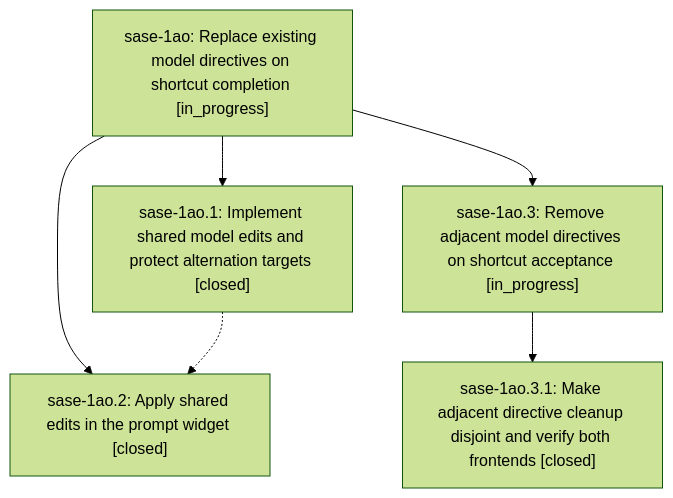
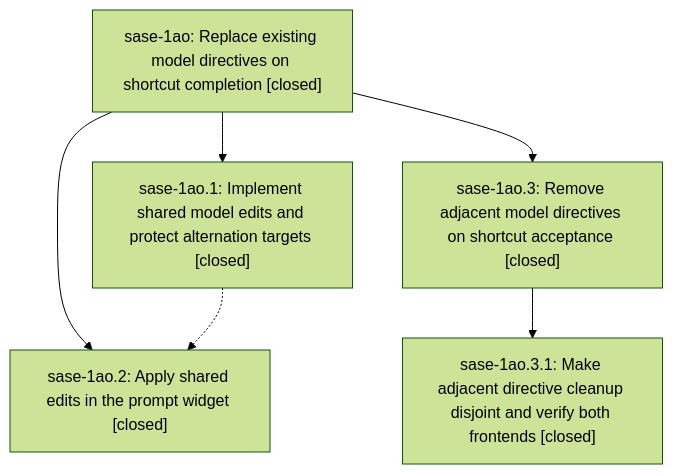
The diagram in pages/sase-1ao/README.md (sase-org/sase--beads), drawn with Mermaid (forest theme) before and after one commit. The commit also changed other lines of this file and 3 other files, not shown here.

````diff
--- a/pages/sase-1ao/README.md
+++ b/pages/sase-1ao/README.md
@@ -41,13 +45,13 @@
 ```mermaid
 flowchart TD
-    n0["sase-1ao: Replace existing model directives on shortcut completion [in_progress]"]
+    n0["sase-1ao: Replace existing model directives on shortcut completion [closed]"]
     n1["sase-1ao.1: Implement shared model edits and protect alternation targets [closed]"]
     n2["sase-1ao.2: Apply shared edits in the prompt widget [closed]"]
-    n3["sase-1ao.3: Remove adjacent model directives on shortcut acceptance [in_progress]"]
+    n3["sase-1ao.3: Remove adjacent model directives on shortcut acceptance [closed]"]
     n4["sase-1ao.3.1: Make adjacent directive cleanup disjoint and verify both frontends [closed]"]
     n0 --> n1
     n0 --> n2
     n0 --> n3
     n3 --> n4
     n1 -.-> n2
 ```
````
